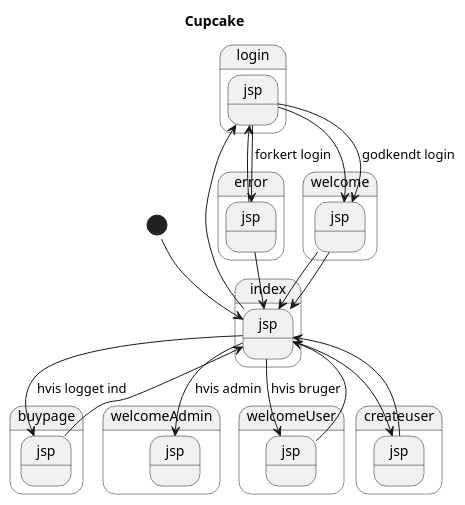
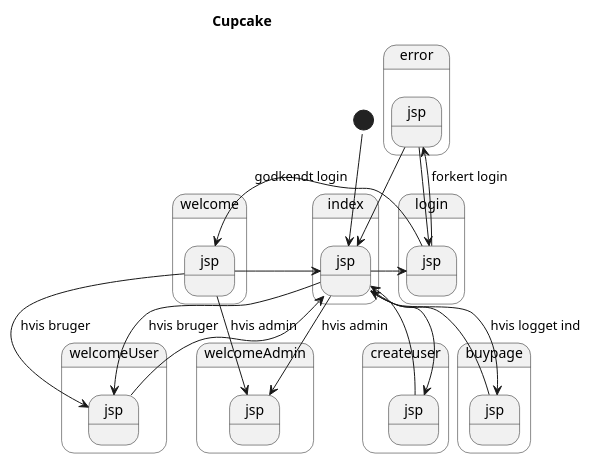
One commit to JuliusLansner/CupcakeOpgave changed the diagram in src/main/plantuml/navigationsdiagram.puml. Above: the diagram before and after it, drawn with PlantUML. The commit also changed 2 other files, not shown here.

Commit message:
Updated navigationsdiagram

```diff
--- a/src/main/plantuml/navigationsdiagram.puml
+++ b/src/main/plantuml/navigationsdiagram.puml
@@ -1,30 +1,30 @@
 @startuml
 !pragma layout smetana
 
 title Cupcake
 state index.jsp
 state error.jsp
 state login.jsp
 state buypage.jsp
 state welcome.jsp
 state welcomeAdmin.jsp
 state welcomeUser.jsp
 
 [*] --> index.jsp
 
 index.jsp --> createuser.jsp
 index.jsp --> login.jsp
 createuser.jsp --> index.jsp
 welcome.jsp --> index.jsp
 index.jsp --> welcomeUser.jsp:hvis bruger
 welcomeUser.jsp --> index.jsp
-index.jsp --> welcomeAdmin.jsp :hvis admin
-index.jsp --> buypage.jsp: hvis logget ind
+index.jsp --> welcomeAdmin.jsp:hvis admin
+index.jsp --> buypage.jsp:hvis logget ind
 buypage.jsp --> index.jsp
-login.jsp --> welcome.jsp
-welcome.jsp --> index.jsp
+welcome.jsp --> welcomeUser.jsp:hvis bruger
+welcome.jsp --> welcomeAdmin.jsp:hvis admin
 login.jsp --> welcome.jsp: godkendt login
 login.jsp --> error.jsp: forkert login
 error.jsp --> login.jsp
 error.jsp --> index.jsp
 @enduml
```
